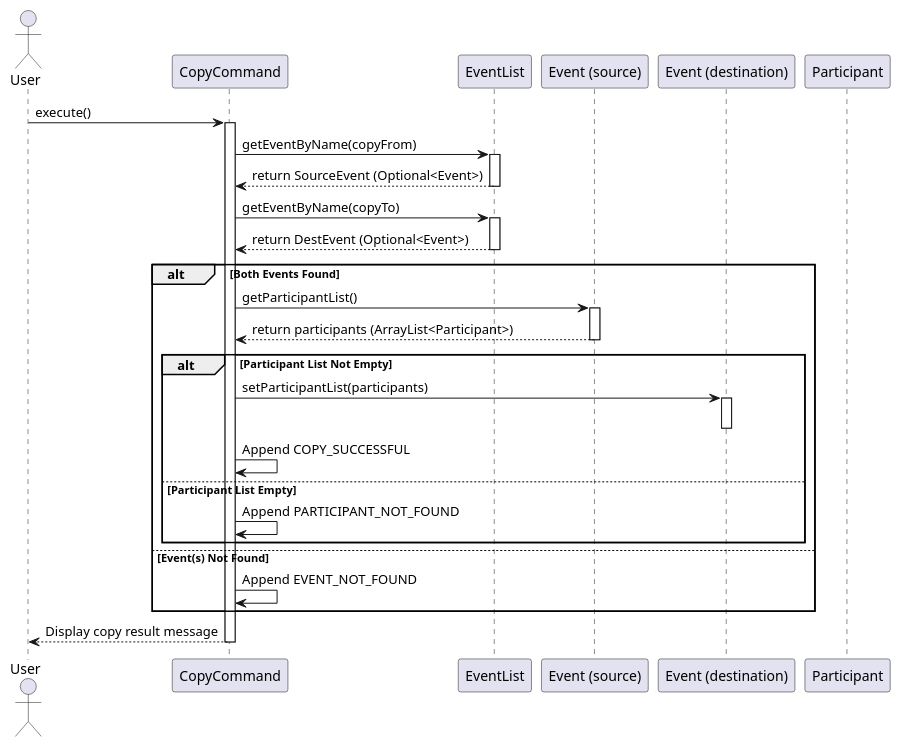
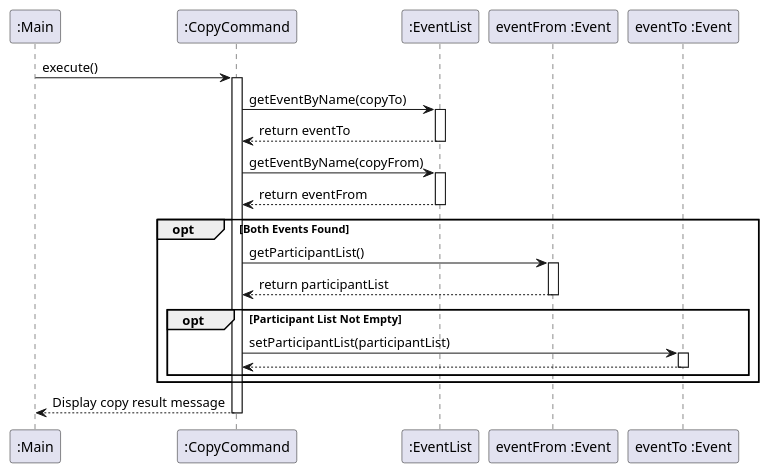
The diagram in docs/diagrams/CopyCommandSequenceDiagram.puml (nus-cs2113-AY2425S1/tp), drawn with PlantUML before and after one commit. The commit also changed 3 other files, not shown here.

Commit message:
Edited sequence diagrams for copy, find, filter and sort commands

```diff
--- a/docs/diagrams/CopyCommandSequenceDiagram.puml
+++ b/docs/diagrams/CopyCommandSequenceDiagram.puml
@@ -1,44 +1,39 @@
 @startuml
-actor User
-participant "CopyCommand" as CC
-participant "EventList" as EL
-participant "Event (source)" as SourceEvent
-participant "Event (destination)" as DestEvent
-participant "Participant" as P
+participant ":Main" as Main
+participant ":CopyCommand" as CC
+participant ":EventList" as EL
+participant "eventFrom :Event" as SourceEvent
+participant "eventTo :Event" as DestEvent
 
-User -> CC: execute()
+Main -> CC: execute()
 activate CC
+
+CC -> EL: getEventByName(copyTo)
+activate EL
+EL --> CC: return eventTo
+deactivate EL
 
 CC -> EL: getEventByName(copyFrom)
 activate EL
-EL --> CC: return SourceEvent (Optional<Event>)
+EL --> CC: return eventFrom
 deactivate EL
 
-CC -> EL: getEventByName(copyTo)
-activate EL
-EL --> CC: return DestEvent (Optional<Event>)
-deactivate EL
-
-alt Both Events Found
+opt Both Events Found
     CC -> SourceEvent: getParticipantList()
     activate SourceEvent
-    SourceEvent --> CC: return participants (ArrayList<Participant>)
+    SourceEvent --> CC: return participantList
     deactivate SourceEvent
 
-    alt Participant List Not Empty
-        CC -> DestEvent: setParticipantList(participants)
+    opt Participant List Not Empty
+        CC -> DestEvent: setParticipantList(participantList)
         activate DestEvent
+        DestEvent --> CC
         deactivate DestEvent
-        CC -> CC: Append COPY_SUCCESSFUL
-    else Participant List Empty
-        CC -> CC: Append PARTICIPANT_NOT_FOUND
-    end alt
+    end opt
 
-else Event(s) Not Found
-    CC -> CC: Append EVENT_NOT_FOUND
-end alt
+end opt
 
-CC --> User: Display copy result message
+CC --> Main: Display copy result message
 deactivate CC
 
 @enduml
```
